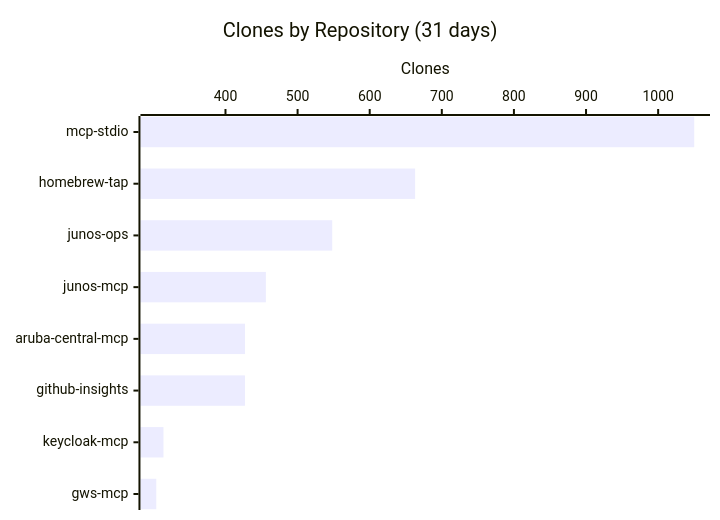
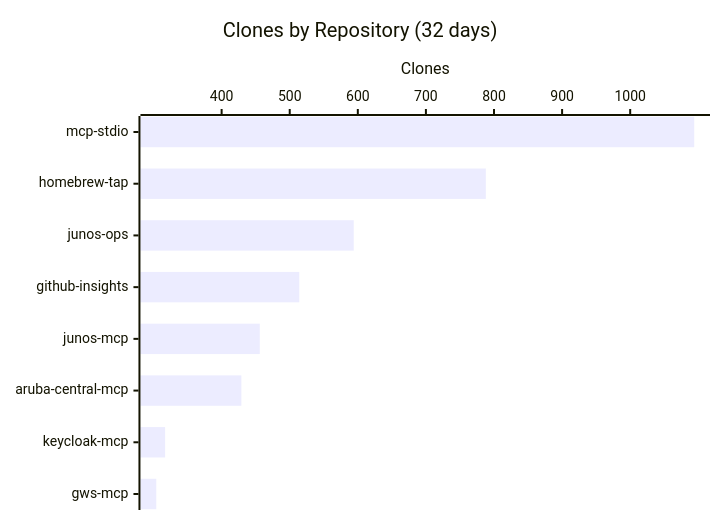
Before and after one commit to shigechika/github-insights: the third of 3 diagrams in README.md, drawn with Mermaid. The commit also changed other lines of this file and 2 other files, not shown here.

````diff
--- a/README.md
+++ b/README.md
@@ -34,7 +34,7 @@
 ```mermaid
 xychart-beta horizontal
-    title "Clones by Repository (31 days)"
-    x-axis ["mcp-stdio", "homebrew-tap", "junos-ops", "junos-mcp", "aruba-central-mcp", "github-insights", "keycloak-mcp", "gws-mcp"]
+    title "Clones by Repository (32 days)"
+    x-axis ["mcp-stdio", "homebrew-tap", "junos-ops", "github-insights", "junos-mcp", "aruba-central-mcp", "keycloak-mcp", "gws-mcp"]
     y-axis "Clones"
-    bar [1050, 663, 548, 456, 427, 427, 314, 304]
+    bar [1094, 788, 594, 514, 456, 429, 317, 304]
 ```
````
